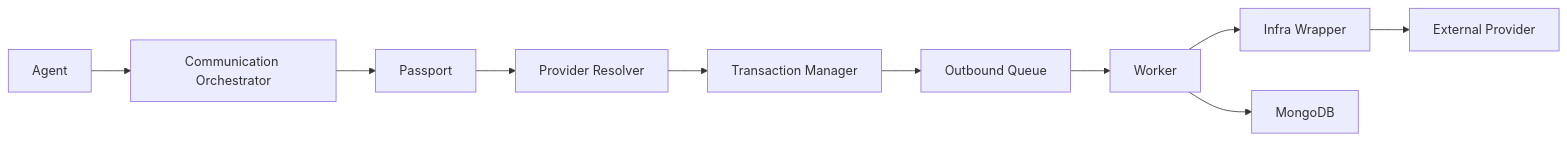
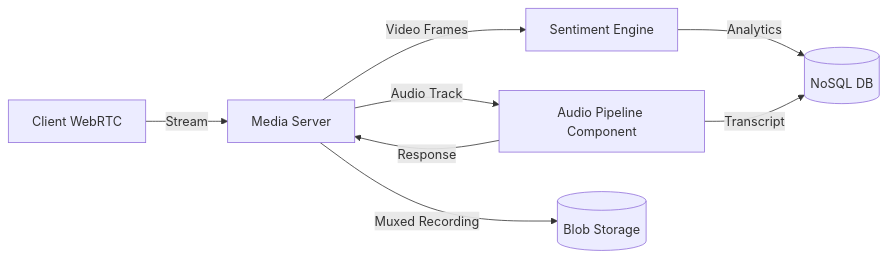
One commit to questflag/qf-apps changed diagram 13 of 18 in docs/QuestFlag_Communication_Module_Requirements_v15_FULL_DIAGRAMS.md. Above: the diagram before and after it, drawn with Mermaid. The commit also changed other lines of this file, not shown here.

````diff
--- a/docs/QuestFlag_Communication_Module_Requirements_v15_FULL_DIAGRAMS.md
+++ b/docs/QuestFlag_Communication_Module_Requirements_v15_FULL_DIAGRAMS.md
@@ -175,12 +433,13 @@
-``` mermaid
+```mermaid
 flowchart LR
-A[Agent] --> B[Communication Orchestrator]
-B --> C[Passport]
-C --> D[Provider Resolver]
-D --> E[Transaction Manager]
-E --> F[Outbound Queue]
-F --> G[Worker]
-G --> H[Infra Wrapper]
-H --> I[External Provider]
-G --> J[MongoDB]
+    A[Client WebRTC] -->|Stream| B[Media Server]
+    
+    B -->|Audio Track| C[Audio Pipeline Component]
+    C -->|Response| B
+    
+    B -->|Video Frames| D[Sentiment Engine]
+    D -->|Analytics| E[(NoSQL DB)]
+    C -->|Transcript| E
+    
+    B -->|Muxed Recording| F[(Blob Storage)]
 ```
````
